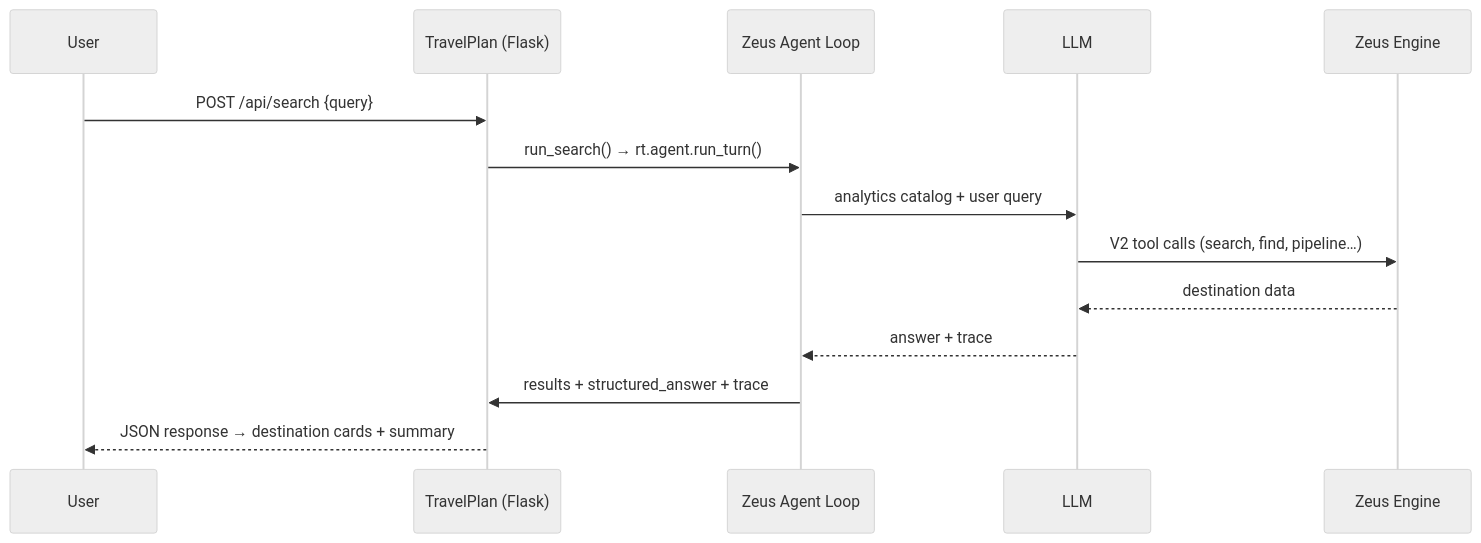
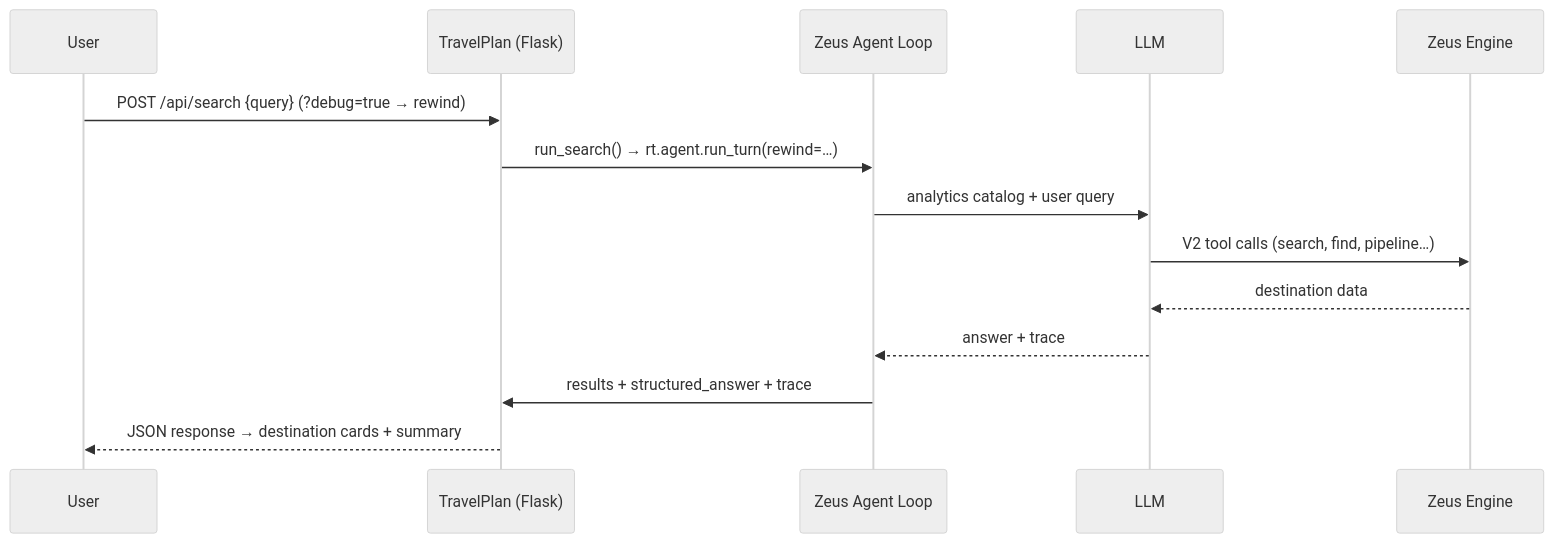
One commit to koten-ai/demo_travel_sample changed the diagram in README.md. Above: the diagram before and after it, drawn with Mermaid (neutral theme). The commit also changed other lines of this file and 10 other files, not shown here.

First line of the commit message:
Enable Zeus rewind when search uses debug=true.

````diff
--- a/README.md
+++ b/README.md
@@ -20,17 +20,17 @@
 ```mermaid
 sequenceDiagram
     participant User
     participant Flask as TravelPlan (Flask)
     participant Agent as Zeus Agent Loop
     participant LLM
     participant Zeus as Zeus Engine
 
-    User->>Flask: POST /api/search {query}
-    Flask->>Agent: run_search() → rt.agent.run_turn()
+    User->>Flask: POST /api/search {query} (?debug=true → rewind)
+    Flask->>Agent: run_search() → rt.agent.run_turn(rewind=…)
     Agent->>LLM: analytics catalog + user query
     LLM->>Zeus: V2 tool calls (search, find, pipeline…)
     Zeus-->>LLM: destination data
     LLM-->>Agent: answer + trace
     Agent->>Flask: results + structured_answer + trace
     Flask-->>User: JSON response → destination cards + summary
 ```
````
